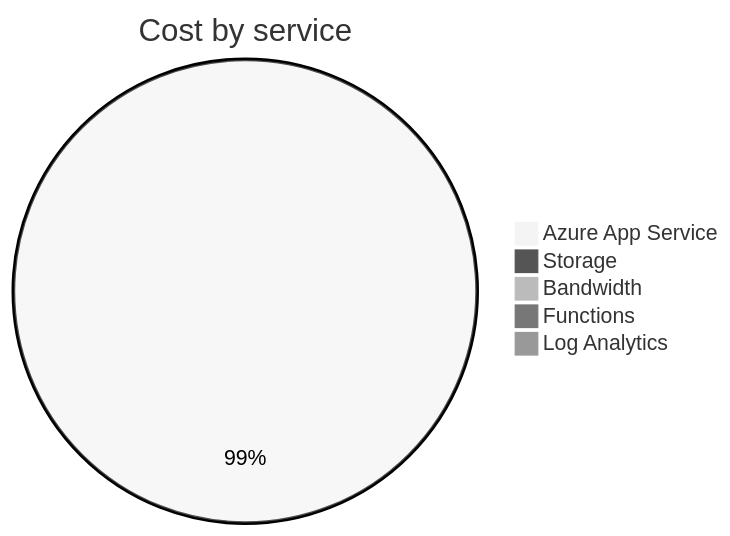
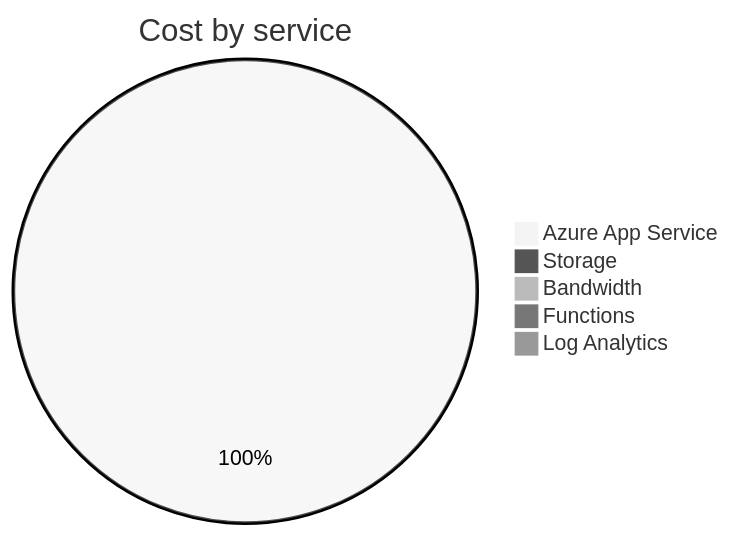
Before and after one commit to jpfulton/azure-personal-reports: the second of 4 diagrams in cost-reports/personal-site/README.md, drawn with Mermaid (neutral theme). The commit also changed other lines of this file and 6 other files, not shown here.

````diff
--- a/cost-reports/personal-site/README.md
+++ b/cost-reports/personal-site/README.md
@@ -95,9 +95,9 @@
 ```mermaid
 pie
    title Cost by service
-   "Azure App Service" : 3.95
+   "Azure App Service" : 4.68
    "Storage" : 0.02
    "Bandwidth" : 0.00
    "Functions" : 0.00
    "Log Analytics" : 0.00
 ```
````
